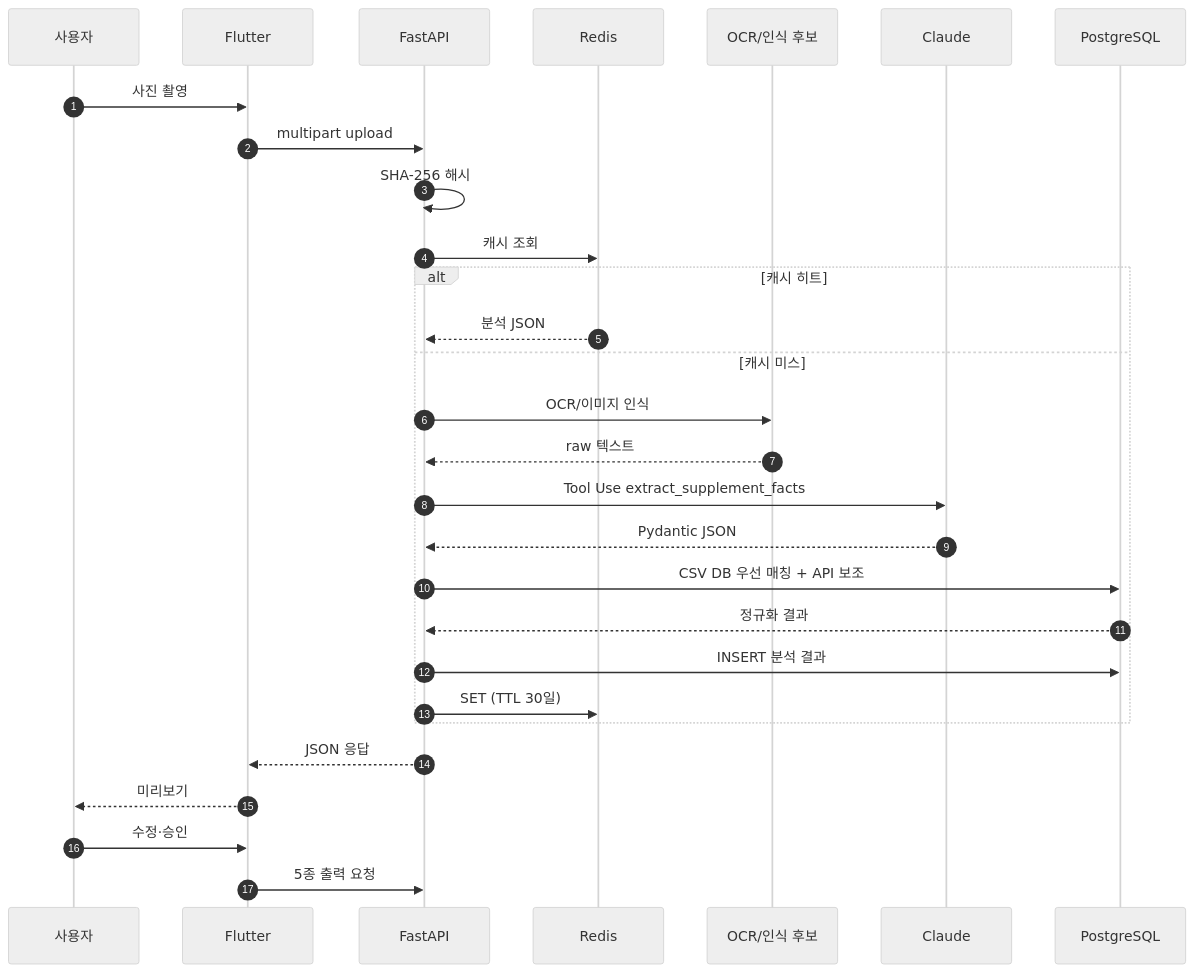
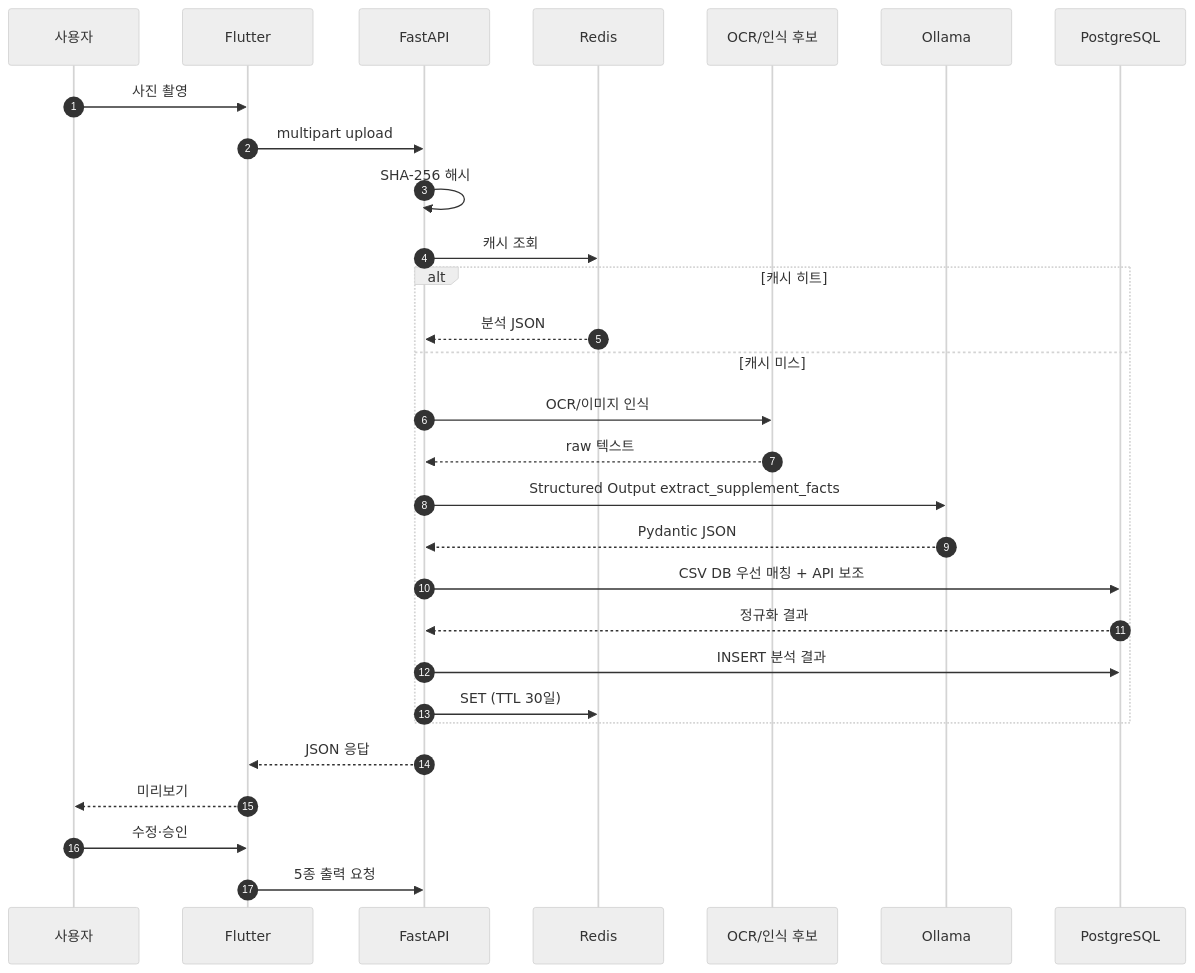
One commit to Lemon-Aid-KDT/Lemon-sin changed the sixth of 12 diagrams in 03_lemon_healthcare/yeong-Vision-Nutrition/PROJECT_GUIDE.md. Above: the diagram before and after it, drawn with Mermaid (neutral theme). The commit also changed other lines of this file and 9 other files, not shown here.

````diff
--- a/03_lemon_healthcare/yeong-Vision-Nutrition/PROJECT_GUIDE.md
+++ b/03_lemon_healthcare/yeong-Vision-Nutrition/PROJECT_GUIDE.md
@@ -833,32 +856,32 @@
 ```mermaid
 sequenceDiagram
     autonumber
     participant U as 사용자
     participant App as Flutter
     participant API as FastAPI
     participant R as Redis
     participant V as OCR/인식 후보
-    participant C as Claude
+    participant LLM as Ollama
     participant DB as PostgreSQL
 
     U->>App: 사진 촬영
     App->>API: multipart upload
     API->>API: SHA-256 해시
     API->>R: 캐시 조회
     alt 캐시 히트
         R-->>API: 분석 JSON
     else 캐시 미스
         API->>V: OCR/이미지 인식
         V-->>API: raw 텍스트
-        API->>C: Tool Use extract_supplement_facts
-        C-->>API: Pydantic JSON
+        API->>LLM: Structured Output extract_supplement_facts
+        LLM-->>API: Pydantic JSON
         API->>DB: CSV DB 우선 매칭 + API 보조
         DB-->>API: 정규화 결과
         API->>DB: INSERT 분석 결과
         API->>R: SET (TTL 30일)
     end
     API-->>App: JSON 응답
     App-->>U: 미리보기
     U->>App: 수정·승인
     App->>API: 5종 출력 요청
 ```
````
